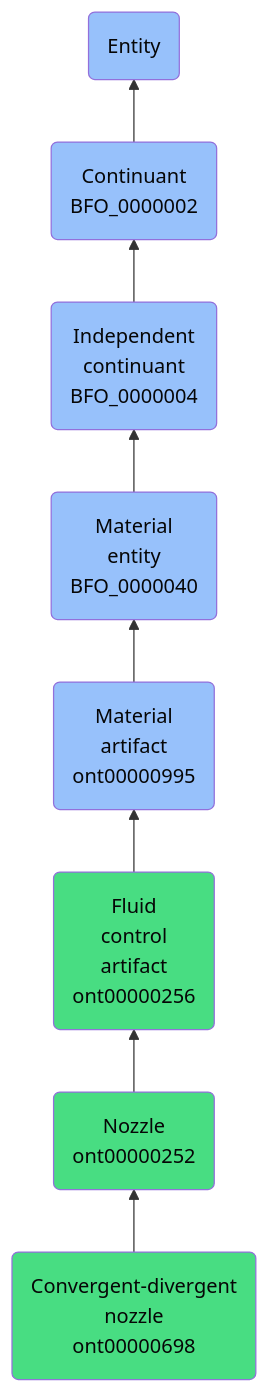
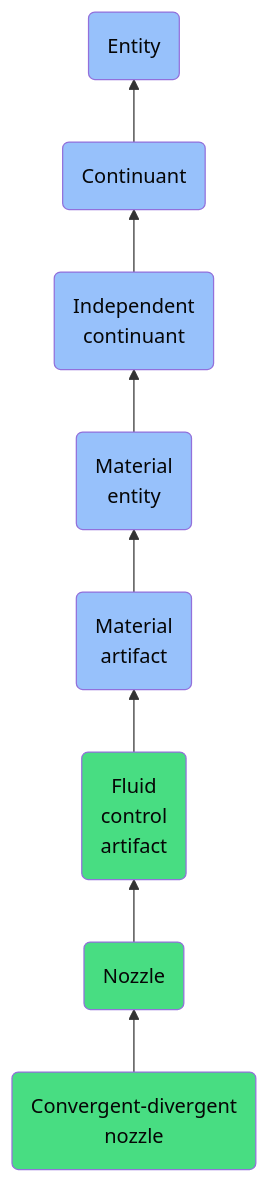
The diagram in docs/ontology/reference/model/Entity/Continuant/Independent continuant/Material entity/Material artifact/Fluid control artifact/Nozzle/Convergent-divergent nozzle/Convergent-divergent nozzle.md (jupyter-naas/abi), drawn with Mermaid before and after one commit. The commit also changed other lines of this file and 1430 other files, not shown here.

````diff
--- a/docs/ontology/reference/model/Entity/Continuant/Independent continuant/Material entity/Material artifact/Fluid control artifact/Nozzle/Convergent-divergent nozzle/Convergent-divergent nozzle.md
+++ b/docs/ontology/reference/model/Entity/Continuant/Independent continuant/Material entity/Material artifact/Fluid control artifact/Nozzle/Convergent-divergent nozzle/Convergent-divergent nozzle.md
@@ -25,15 +25,15 @@
 ```mermaid
 graph BT
-    ont00000698(Convergent-divergent<br>nozzle<br>ont00000698):::ABI-->ont00000252
-    ont00000252(Nozzle<br>ont00000252):::ABI-->ont00000256
-    ont00000256(Fluid<br>control<br>artifact<br>ont00000256):::ABI-->ont00000995
-    ont00000995(Material<br>artifact<br>ont00000995):::BFO-->BFO_0000040
-    BFO_0000040(Material<br>entity<br>BFO_0000040):::BFO-->BFO_0000004
-    BFO_0000004(Independent<br>continuant<br>BFO_0000004):::BFO-->BFO_0000002
-    BFO_0000002(Continuant<br>BFO_0000002):::BFO-->BFO_0000001
+    ont00000698(Convergent-divergent<br>nozzle):::ABI-->ont00000252
+    ont00000252(Nozzle):::ABI-->ont00000256
+    ont00000256(Fluid<br>control<br>artifact):::ABI-->ont00000995
+    ont00000995(Material<br>artifact):::BFO-->BFO_0000040
+    BFO_0000040(Material<br>entity):::BFO-->BFO_0000004
+    BFO_0000004(Independent<br>continuant):::BFO-->BFO_0000002
+    BFO_0000002(Continuant):::BFO-->BFO_0000001
     BFO_0000001(Entity):::BFO
     
     classDef BFO fill:#97c1fb,color:#060606
     classDef CCO fill:#e4c51e,color:#060606
     classDef ABI fill:#48DD82,color:#060606
 ```
````
